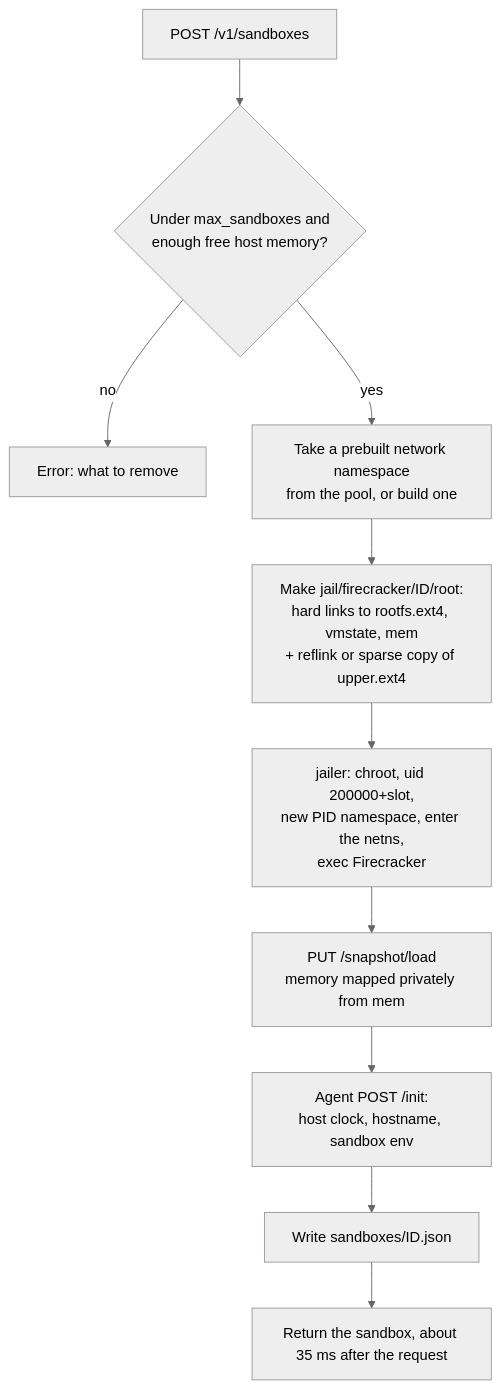
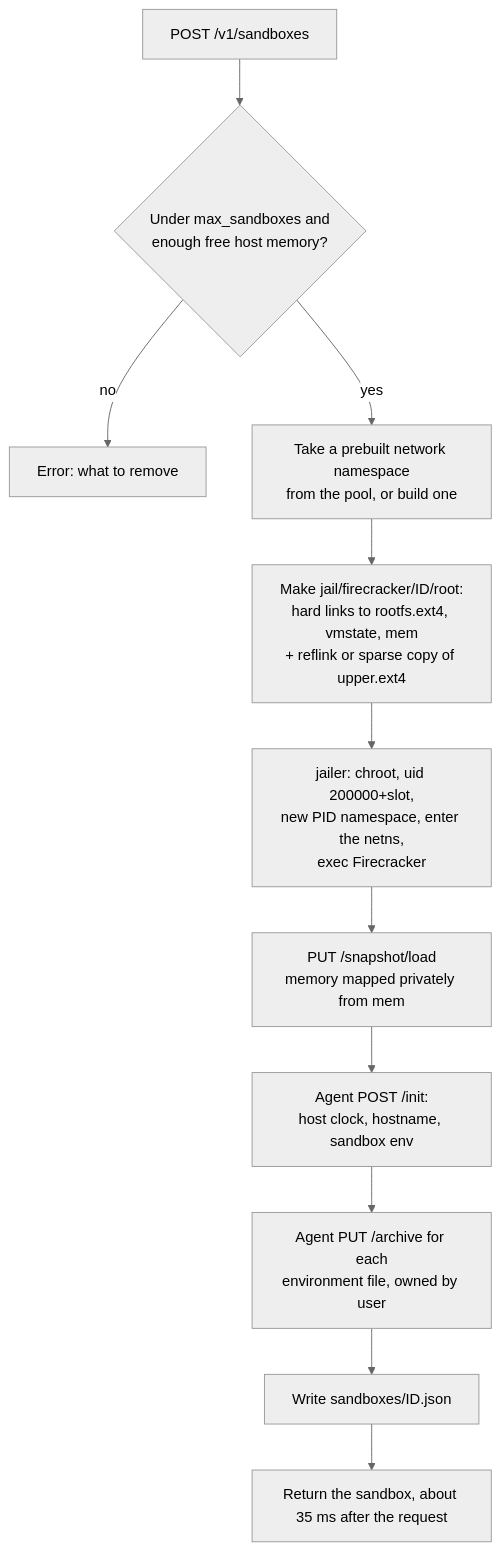
One commit to kjj6198/agent-sandbox changed the third of 10 diagrams in sbx/ARCH.md. Above: the diagram before and after it, drawn with Mermaid (neutral theme). The commit also changed other lines of this file and 20 other files, not shown here.

````diff
--- a/sbx/ARCH.md
+++ b/sbx/ARCH.md
@@ -129,12 +129,13 @@
 ```mermaid
 flowchart TD
   req["POST /v1/sandboxes"] --> cap{"Under max_sandboxes and<br/>enough free host memory?"}
   cap -- no --> err["Error: what to remove"]
   cap -- yes --> slot["Take a prebuilt network namespace<br/>from the pool, or build one"]
   slot --> jail["Make jail/firecracker/ID/root:<br/>hard links to rootfs.ext4, vmstate, mem<br/>+ reflink or sparse copy of upper.ext4"]
   jail --> launch["jailer: chroot, uid 200000+slot,<br/>new PID namespace, enter the netns,<br/>exec Firecracker"]
   launch --> load["PUT /snapshot/load<br/>memory mapped privately from mem"]
   load --> init["Agent POST /init:<br/>host clock, hostname, sandbox env"]
-  init --> save["Write sandboxes/ID.json"]
+  init --> files["Agent PUT /archive for each<br/>environment file, owned by user"]
+  files --> save["Write sandboxes/ID.json"]
   save --> done["Return the sandbox, about 35 ms after the request"]
 ```
````
